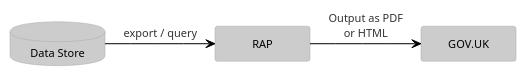
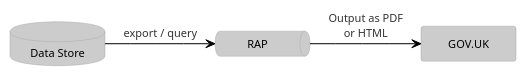
Before and after one commit to GSS-Cogs/architecture: the diagram in analyst-to-dissemination/rap.puml, drawn with PlantUML. The commit also changed 2 other files, not shown here.

Commit message:
Minor words and diagram changes.

```diff
--- a/analyst-to-dissemination/rap.puml
+++ b/analyst-to-dissemination/rap.puml
@@ -1,16 +1,16 @@
 @startuml
 !theme reddress-lightorange
 skinparam defaultTextAlignment center
 skinparam minClassWidth 75
 database datastore [
     Data Store
 ]
-rectangle rap [
+queue rap [
   RAP
 ]
 rectangle gov_uk [
   GOV.UK
 ]
 datastore -> rap : export / query
 rap -> gov_uk : Output as PDF\nor HTML
 @enduml
```
